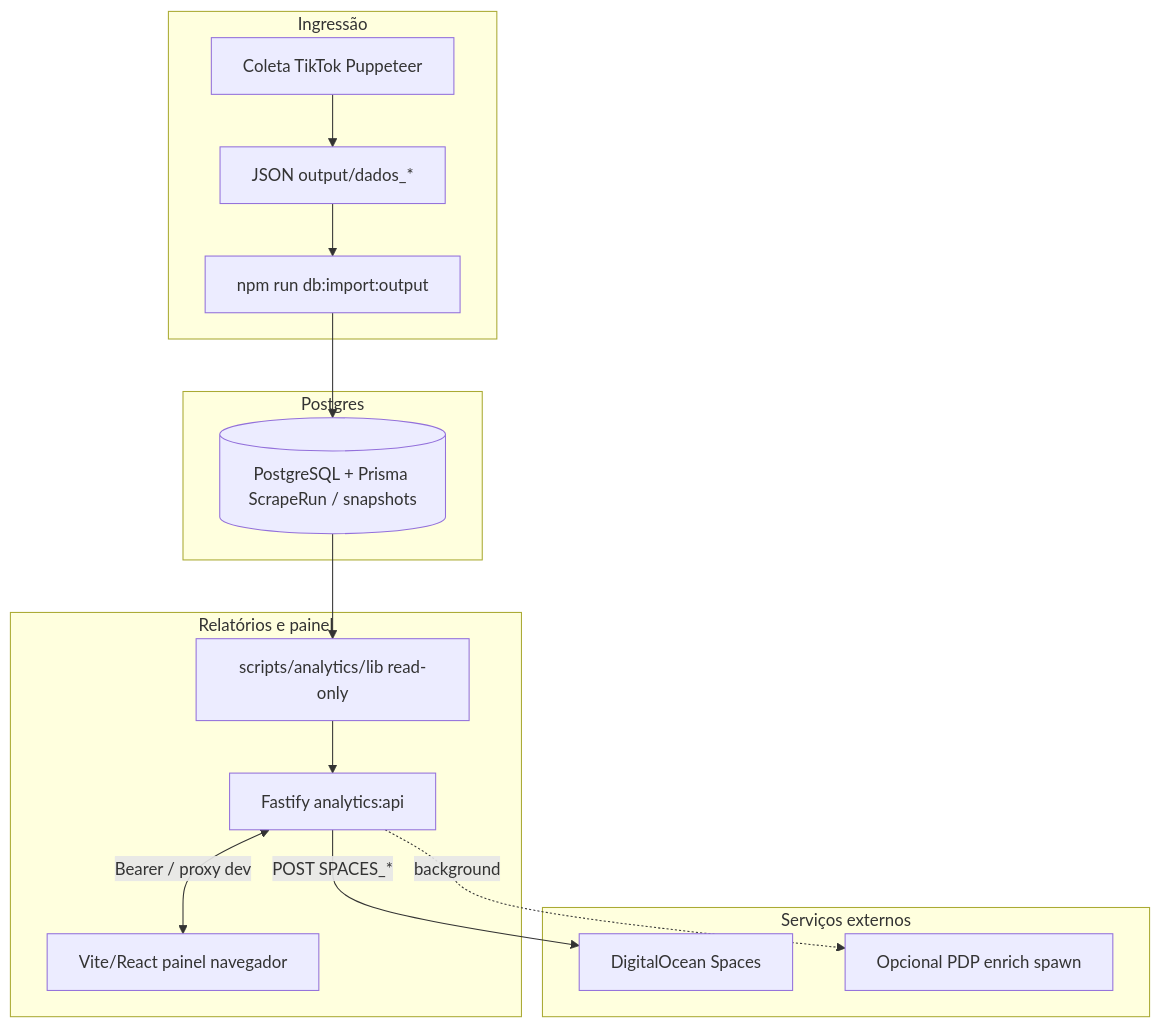
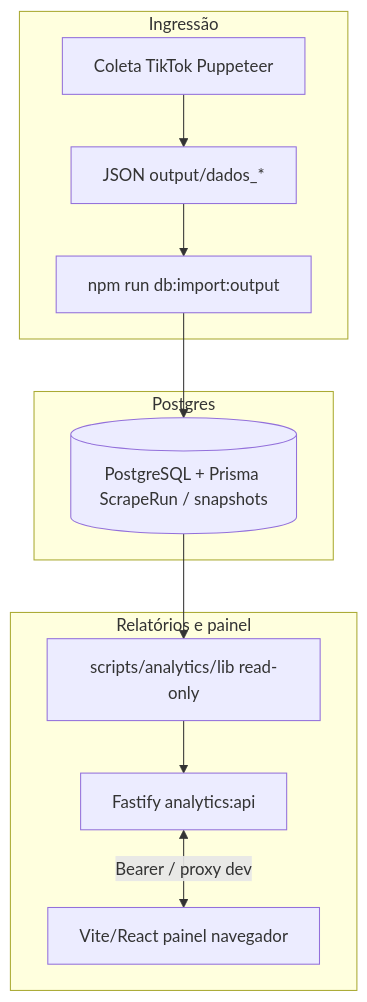
Before and after one commit to abel398group-oss/projeto_tiktok-Categorias_v02: the diagram in docs/ARCHITECTURE.md, drawn with Mermaid. The commit also changed other lines of this file and 40 other files, not shown here.

````diff
--- a/docs/ARCHITECTURE.md
+++ b/docs/ARCHITECTURE.md
@@ -34,29 +34,22 @@
 ```mermaid
 flowchart TB
   subgraph entrada["Ingressão"]
     SCR[Coleta TikTok Puppeteer]
     JS[JSON output/dados_*]
     IMP[npm run db:import:output]
     SCR --> JS --> IMP
   end
 
   subgraph persistencia["Postgres"]
     DB[(PostgreSQL + Prisma ScrapeRun / snapshots)]
     IMP --> DB
   end
 
   subgraph leitura["Relatórios e painel"]
     LIB["scripts/analytics/lib read-only"]
     API[Fastify analytics:api]
     UI["Vite/React painel navegador"]
     DB --> LIB --> API
     API <-->|Bearer / proxy dev| UI
   end
-
-  subgraph externo["Serviços externos"]
-    SPD[DigitalOcean Spaces]
-    JOB[Opcional PDP enrich spawn]
-    API -->|POST SPACES_*| SPD
-    API -.->|background| JOB
-  end
 ```
````
